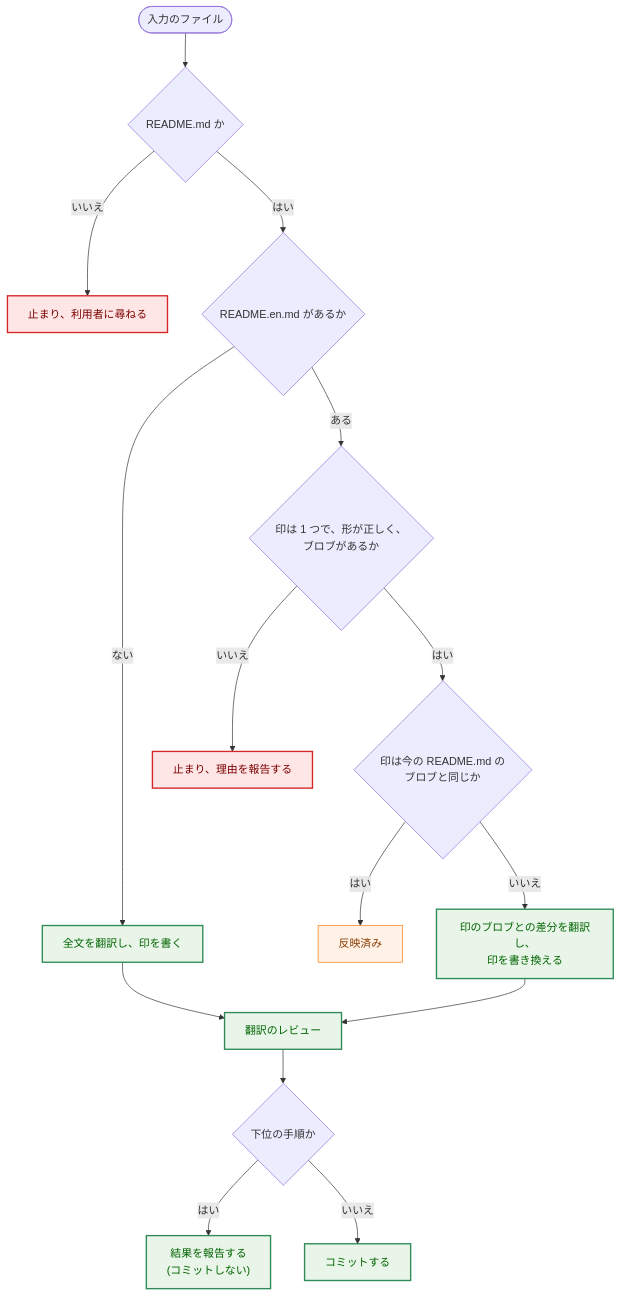
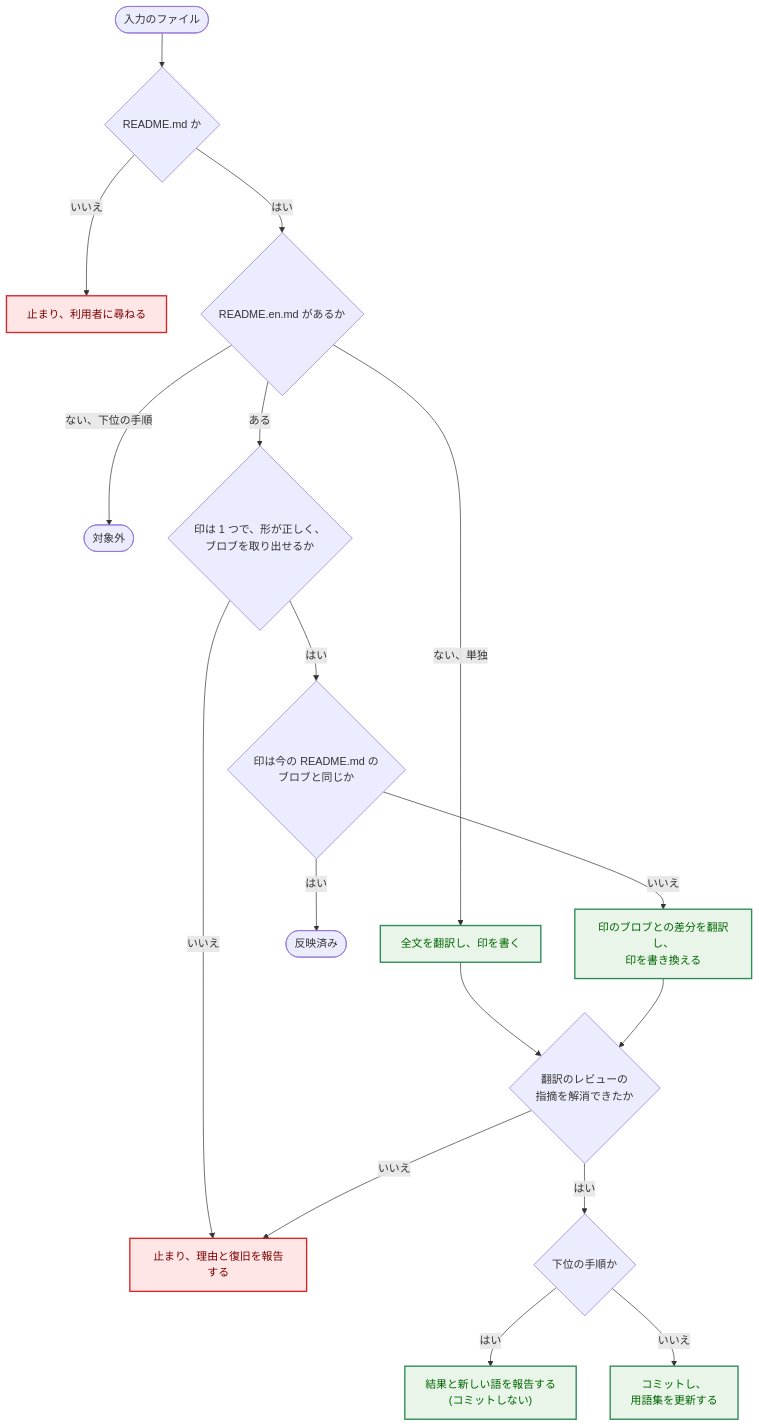
The sixth of 7 diagrams in docs/tasks/0048_doc_language_policy/02_architecture.md (isseis/yt2column), drawn with Mermaid before and after one commit. The commit also changed other lines of this file, not shown here.

First line of the commit message:
docs(0048): address the architecture review findings

````diff
--- a/docs/tasks/0048_doc_language_policy/02_architecture.md
+++ b/docs/tasks/0048_doc_language_policy/02_architecture.md
@@ -544,25 +623,25 @@
 ```mermaid
 flowchart TD
-    classDef process fill:#fff1e6,stroke:#ff7f0e,stroke-width:1px,color:#8a3e00;
     classDef enhanced fill:#e8f5e8,stroke:#2e8b57,stroke-width:2px,color:#006400;
     classDef problem fill:#ffe6e6,stroke:#d62728,stroke-width:2px,color:#7b0000;
 
     Start(["入力のファイル"]) --> IsReadme{"README.md か"}
     IsReadme -->|"いいえ"| Ask["止まり、利用者に尋ねる"]
     IsReadme -->|"はい"| Exists{"README.en.md があるか"}
-    Exists -->|"ない"| Full["全文を翻訳し、印を書く"]
-    Exists -->|"ある"| Marker{"印は 1 つで、形が正しく、<br>ブロブがあるか"}
-    Marker -->|"いいえ"| Stop["止まり、理由を報告する"]
+    Exists -->|"ない、下位の手順"| Skip(["対象外"])
+    Exists -->|"ない、単独"| Full["全文を翻訳し、印を書く"]
+    Exists -->|"ある"| Marker{"印は 1 つで、形が正しく、<br>ブロブを取り出せるか"}
+    Marker -->|"いいえ"| Stop["止まり、理由と復旧を報告する"]
     Marker -->|"はい"| Same{"印は今の README.md の<br>ブロブと同じか"}
-    Same -->|"はい"| Done["反映済み"]
+    Same -->|"はい"| Done(["反映済み"])
     Same -->|"いいえ"| Diff["印のブロブとの差分を翻訳し、<br>印を書き換える"]
-    Full --> Review["翻訳のレビュー"]
+    Full --> Review{"翻訳のレビューの<br>指摘を解消できたか"}
     Diff --> Review
-    Review --> Commit{"下位の手順か"}
-    Commit -->|"はい"| Report["結果を報告する<br>(コミットしない)"]
-    Commit -->|"いいえ"| Self["コミットする"]
+    Review -->|"いいえ"| Stop
+    Review -->|"はい"| Commit{"下位の手順か"}
+    Commit -->|"はい"| Report["結果と新しい語を報告する<br>(コミットしない)"]
+    Commit -->|"いいえ"| Self["コミットし、<br>用語集を更新する"]
 
-    class Full,Diff,Review,Report,Self enhanced
-    class Done process
+    class Full,Diff,Report,Self enhanced
     class Ask,Stop problem
 ```
````
